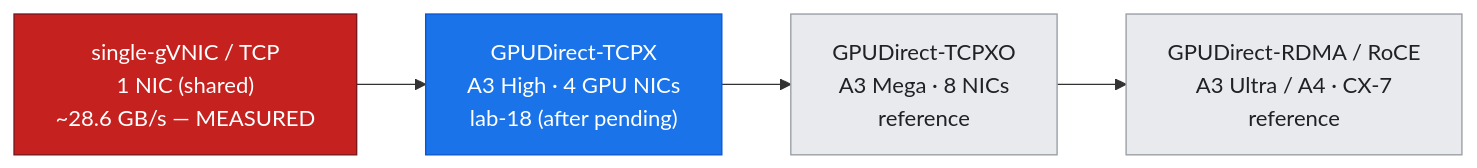
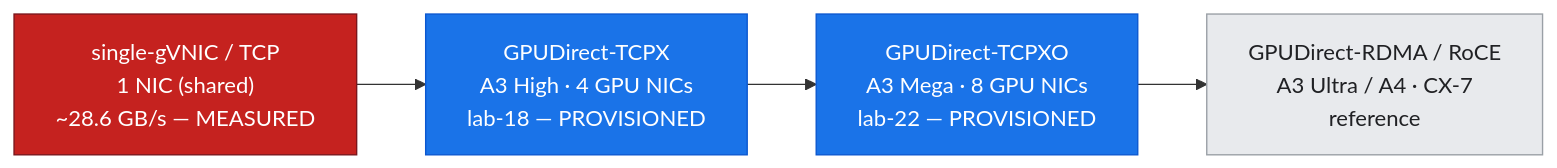
One commit to elideng-sg/hypercomputer-internode-deepdive changed the second of 3 diagrams in docs/part6-architecture-gcp-integration/21-gke-network-design.md. Above: the diagram before and after it, drawn with Mermaid. The commit also changed other lines of this file and 10 other files, not shown here.

````diff
--- a/docs/part6-architecture-gcp-integration/21-gke-network-design.md
+++ b/docs/part6-architecture-gcp-integration/21-gke-network-design.md
@@ -64,10 +64,10 @@
 ```mermaid
 flowchart LR
-  R0["single-gVNIC / TCP<br/>1 NIC (shared)<br/>~28.6 GB/s — MEASURED"] --> R1["GPUDirect-TCPX<br/>A3 High · 4 GPU NICs<br/>lab-18 (after pending)"]
-  R1 --> R2["GPUDirect-TCPXO<br/>A3 Mega · 8 NICs<br/>reference"]
+  R0["single-gVNIC / TCP<br/>1 NIC (shared)<br/>~28.6 GB/s — MEASURED"] --> R1["GPUDirect-TCPX<br/>A3 High · 4 GPU NICs<br/>lab-18 — PROVISIONED"]
+  R1 --> R2["GPUDirect-TCPXO<br/>A3 Mega · 8 GPU NICs<br/>lab-22 — PROVISIONED"]
   R2 --> R3["GPUDirect-RDMA / RoCE<br/>A3 Ultra / A4 · CX-7<br/>reference"]
   classDef crit fill:#c5221f,stroke:#7a161c,color:#ffffff;
   classDef meas fill:#1a73e8,stroke:#0b57d0,color:#ffffff;
   classDef ctx fill:#e8eaed,stroke:#9aa0a6,color:#202124;
-  class R0 crit; class R1 meas; class R2,R3 ctx;
+  class R0 crit; class R1,R2 meas; class R3 ctx;
 ```
````
